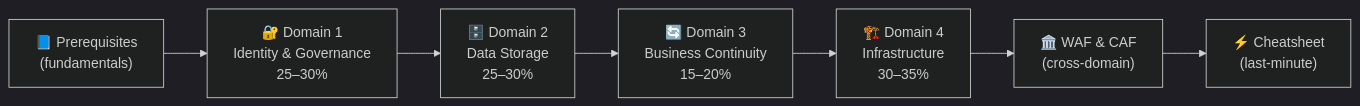
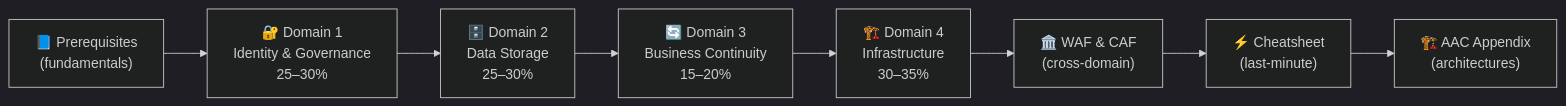
One commit to marcogrimaldi29/az-305-study-notes changed the second of 2 diagrams in index.md. Above: the diagram before and after it, drawn with Mermaid (dark theme). The commit also changed other lines of this file and 4 other files, not shown here.

First line of the commit message:
Add Azure Architectures appendix and site links

````diff
--- a/index.md
+++ b/index.md
@@ -113,12 +118,13 @@
 ```mermaid
 flowchart LR
     PRE["📘 Prerequisites\n(fundamentals)"]
     D1["🔐 Domain 1\nIdentity & Governance\n25–30%"]
     D2["🗄️ Domain 2\nData Storage\n25–30%"]
     D3["🔄 Domain 3\nBusiness Continuity\n15–20%"]
     D4["🏗️ Domain 4\nInfrastructure\n30–35%"]
     WAF["🏛️ WAF & CAF\n(cross-domain)"]
     SHEET["⚡ Cheatsheet\n(last-minute)"]
+    ARCH["🏗️ AAC Appendix\n(architectures)"]
 
-    PRE --> D1 --> D2 --> D3 --> D4 --> WAF --> SHEET
+    PRE --> D1 --> D2 --> D3 --> D4 --> WAF --> SHEET --> ARCH
 ```
````
